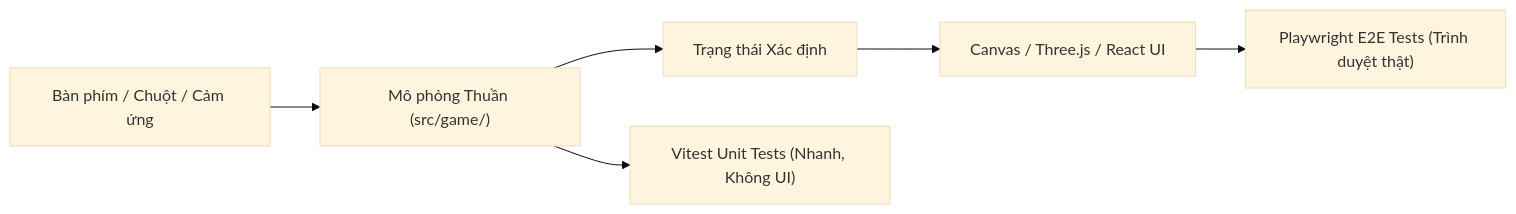
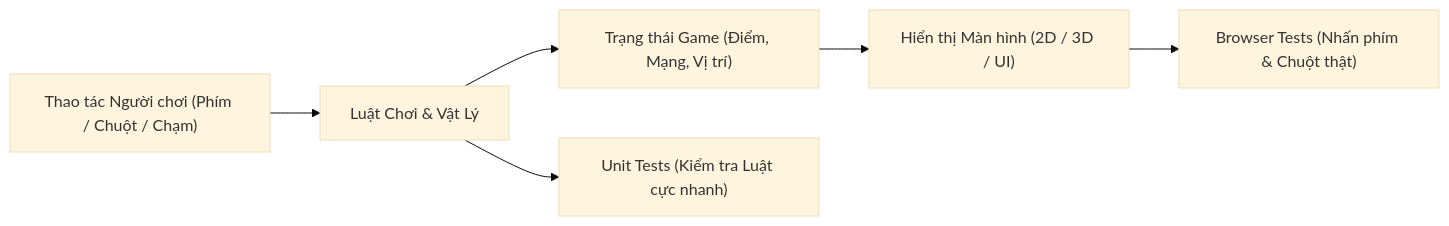
The diagram in courses/day-02-game-dev-concepts/README.vi.md (vuhung16au/gemini-games), drawn with Mermaid (base theme) before and after one commit. The commit also changed other lines of this file and 30 other files, not shown here.

````diff
--- a/courses/day-02-game-dev-concepts/README.vi.md
+++ b/courses/day-02-game-dev-concepts/README.vi.md
@@ -12,8 +12,8 @@
 ```mermaid
 flowchart LR
-  Input["Bàn phím / Chuột / Cảm ứng"] --> Sim["Mô phỏng Thuần (src/game/)"]
-  Sim --> State["Trạng thái Xác định"]
-  State --> Render["Canvas / Three.js / React UI"]
-  Sim --> Tests["Vitest Unit Tests (Nhanh, Không UI)"]
-  Render --> E2E["Playwright E2E Tests (Trình duyệt thật)"]
+  Input["Thao tác Người chơi (Phím / Chuột / Chạm)"] --> Sim["Luật Chơi & Vật Lý"]
+  Sim --> State["Trạng thái Game (Điểm, Mạng, Vị trí)"]
+  State --> Render["Hiển thị Màn hình (2D / 3D / UI)"]
+  Sim --> Tests["Unit Tests (Kiểm tra Luật cực nhanh)"]
+  Render --> E2E["Browser Tests (Nhấn phím & Chuột thật)"]
 ```
````
